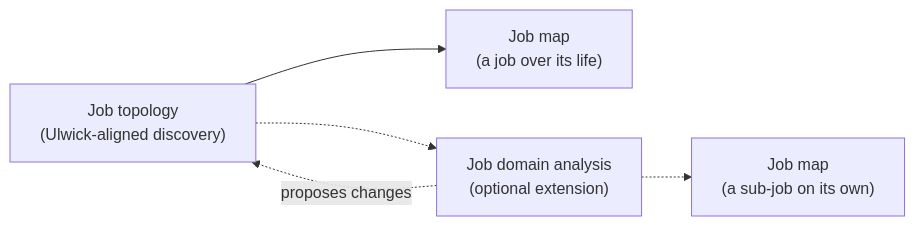
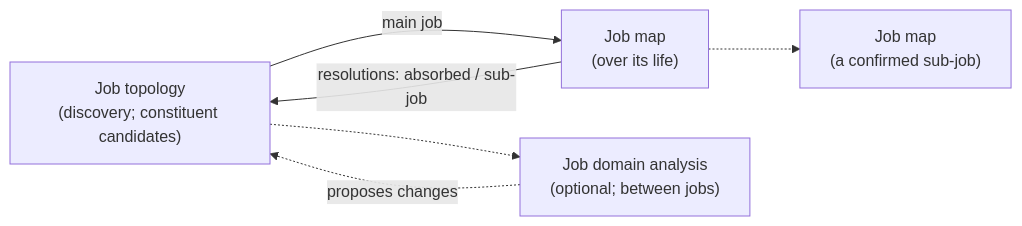
Before and after one commit to kheelco/kheel-skills: the first of 2 diagrams in plugins/kheel-analysis/skills/job-help/README.md, drawn with Mermaid. The commit also changed other lines of this file and 22 other files, not shown here.

````diff
--- a/plugins/kheel-analysis/skills/job-help/README.md
+++ b/plugins/kheel-analysis/skills/job-help/README.md
@@ -62,7 +67,8 @@
 ```mermaid
 flowchart LR
-    T["Job topology<br/>(Ulwick-aligned discovery)"] --> M["Job map<br/>(a job over its life)"]
-    T -.-> D["Job domain analysis<br/>(optional extension)"]
+    T["Job topology<br/>(discovery; constituent candidates)"] -- "main job" --> M["Job map<br/>(over its life)"]
+    M -- "resolutions: absorbed / sub-job" --> T
+    M -.-> S["Job map<br/>(a confirmed sub-job)"]
+    T -.-> D["Job domain analysis<br/>(optional; between jobs)"]
     D -. "proposes changes" .-> T
-    D -.-> S["Job map<br/>(a sub-job on its own)"]
 ```
````
